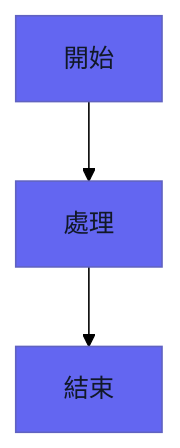
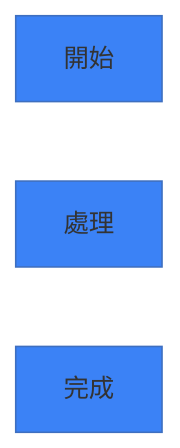
Before and after one commit to ChiahungTai/ai-rules: the second of 3 diagrams in ai-development-guide.md, drawn with Mermaid. The commit also changed other lines of this file and 8 other files, not shown here.

First line of the commit message:
refactor(mermaid): 建立 Dark/Light Theme 統一標準，實施智能最小干預策略

````diff
--- a/ai-development-guide.md
+++ b/ai-development-guide.md
@@ -134,13 +117,14 @@
 ```mermaid
 %%{init: {
   'theme': 'base',
   'themeVariables': {
-    'primaryColor': '#6366f1',
-    'background': '#ffffff',
-    'primaryTextColor': '#111827'
+    'primaryColor': '#3b82f6',
+    'secondaryColor': '#10b981',
+    'tertiaryColor': '#f59e0b',
+    'background': 'transparent'
   }
 }}%%
 graph TD
     A[開始] --> B[處理]
-    B --> C[結束]
+    B --> C[完成]
 ```
````
